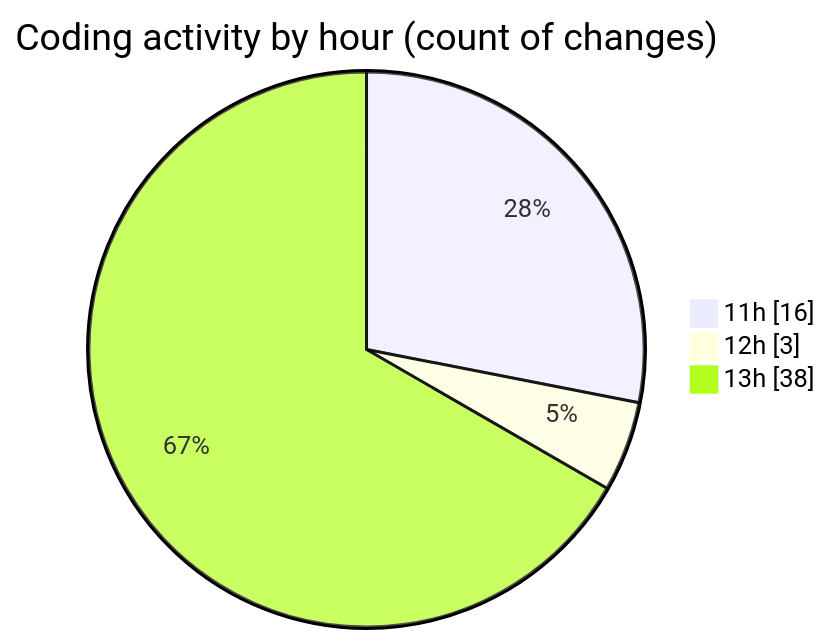
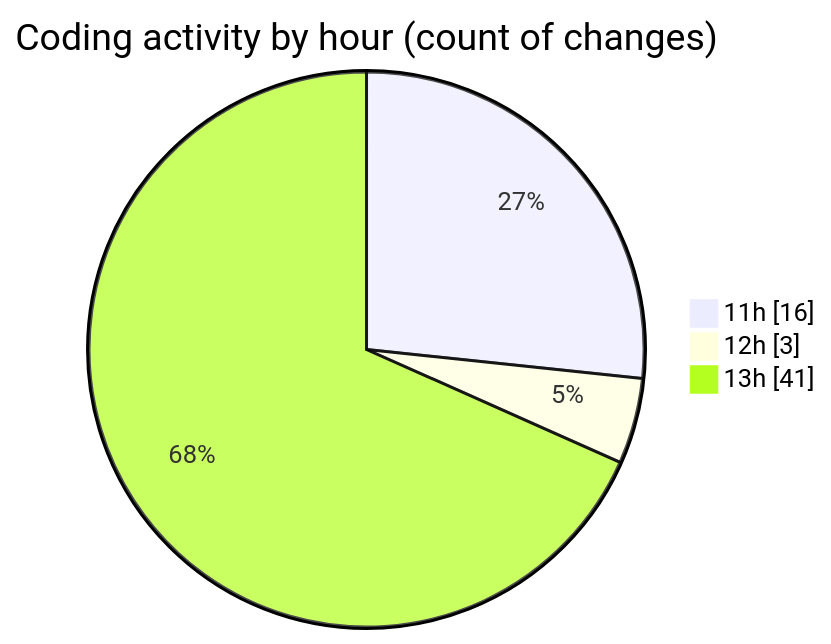
One commit to nxtqubesakshisongat/code-tracking changed the second of 2 diagrams in 2025-07-08/argos/README.md. Above: the diagram before and after it, drawn with Mermaid. The commit also changed other lines of this file and 1 other file, not shown here.

````diff
--- a/2025-07-08/argos/README.md
+++ b/2025-07-08/argos/README.md
@@ -32,7 +33,7 @@
 ```mermaid
 pie showData
 title Coding activity by hour (count of changes)
 "11h" : 16
 "12h" : 3
-"13h" : 38
+"13h" : 41
 ```
````
